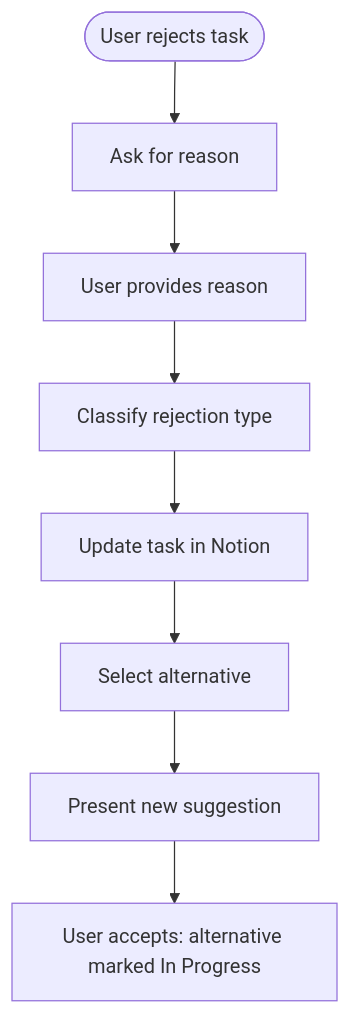
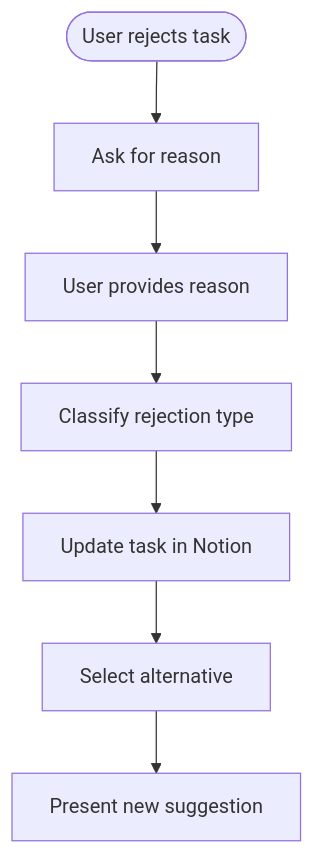
One commit to NickBorgersProbably/hide-my-list changed the first of 2 diagrams in docs/ai-prompts/rejection.md. Above: the diagram before and after it, drawn with Mermaid. The commit also changed other lines of this file and 25 other files, not shown here.

````diff
--- a/docs/ai-prompts/rejection.md
+++ b/docs/ai-prompts/rejection.md
@@ -7,10 +7,9 @@
 ```mermaid
 flowchart TD
     Reject([User rejects task]) --> Ask[Ask for reason]
     Ask --> Reason[User provides reason]
     Reason --> Classify[Classify rejection type]
     Classify --> Update[Update task in Notion]
     Update --> Reselect[Select alternative]
     Reselect --> Present[Present new suggestion]
-    Present --> Accept[User accepts: alternative marked In Progress]
 ```
````
